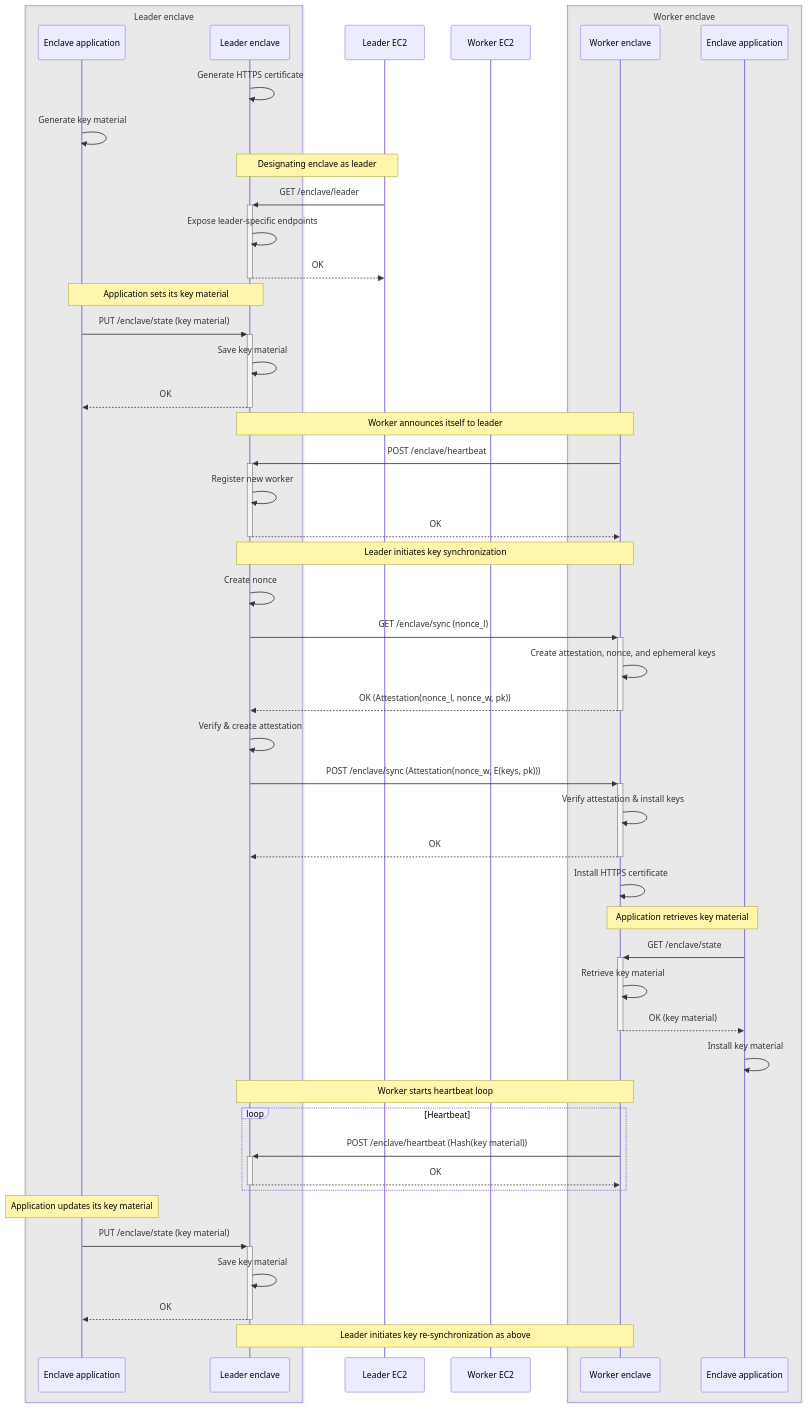
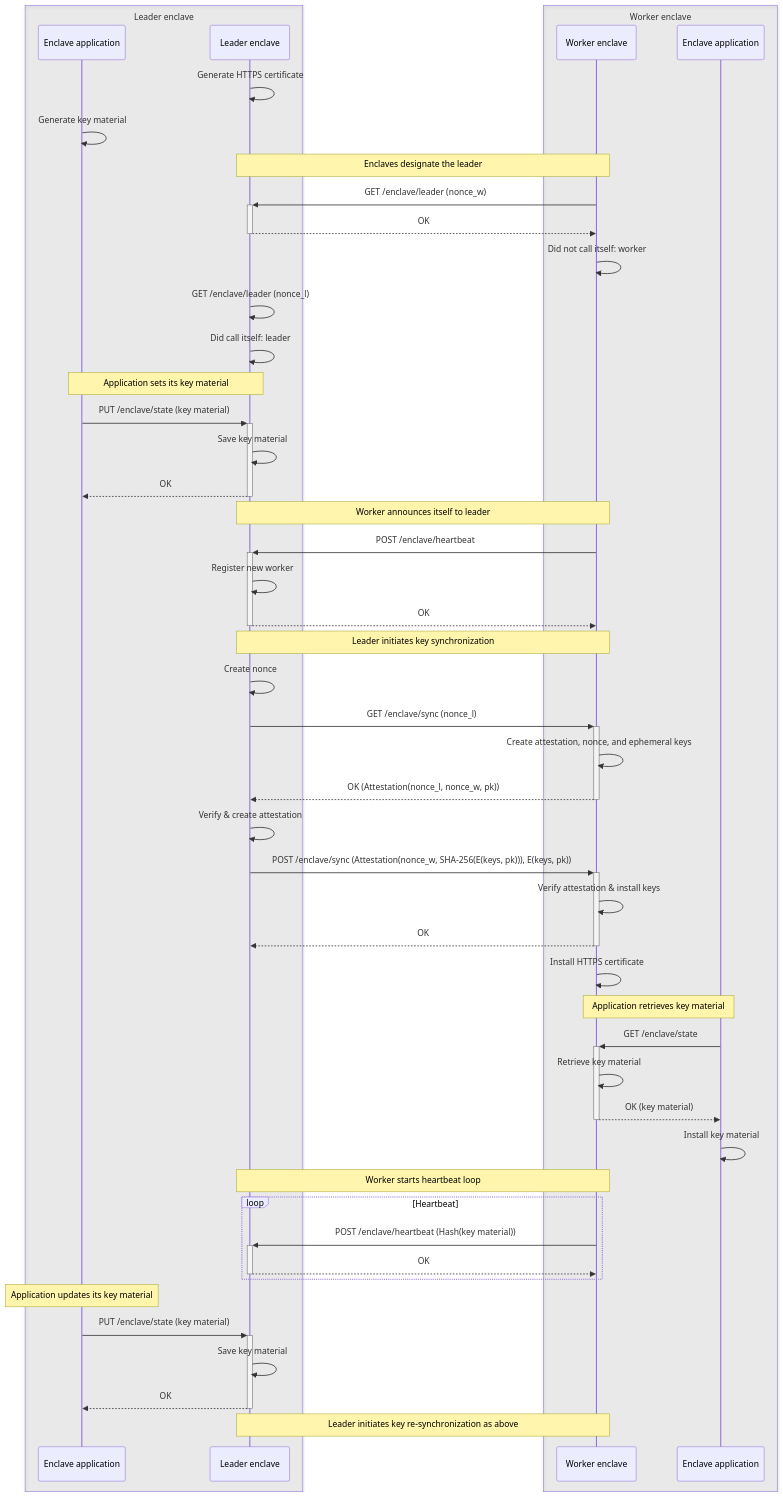
One commit to brave/nitriding-daemon changed the diagram in doc/key-synchronization.md. Above: the diagram before and after it, drawn with Mermaid. The commit also changed other lines of this file, not shown here.

Commit message:
Update docs to match protocol.

````diff
--- a/doc/key-synchronization.md
+++ b/doc/key-synchronization.md
@@ -86,64 +86,64 @@
 ```mermaid
 sequenceDiagram
   box rgba(100, 100, 100, .1) Leader enclave
   participant leaderApp as Enclave application
   participant leader as Leader enclave
   end
-  participant leaderEC2 as Leader EC2
-  participant workerEC2 as Worker EC2
   box rgba(100, 100, 100, .1) Worker enclave
   participant worker as Worker enclave
   participant workerApp as Enclave application
   end
 
 leader->>leader: Generate HTTPS certificate
 leaderApp->>leaderApp: Generate key material
 
-Note over leader,leaderEC2: Designating enclave as leader
-leaderEC2->>+leader: GET /enclave/leader
-leader->>leader: Expose leader-specific endpoints
-leader-->>-leaderEC2: OK
+Note over leader,worker: Enclaves designate the leader
+worker->>+leader: GET /enclave/leader (nonce_w)
+leader-->>-worker: OK
+worker->>worker: Did not call itself: worker
+leader->>leader: GET /enclave/leader (nonce_l)
+leader->>leader: Did call itself: leader
 
 Note over leaderApp,leader: Application sets its key material
 leaderApp->>+leader: PUT /enclave/state (key material)
 leader->>leader: Save key material
 leader-->>-leaderApp: OK
 
 Note over leader,worker: Worker announces itself to leader
 worker->>+leader: POST /enclave/heartbeat
 leader->>leader: Register new worker
 leader-->>-worker: OK
 
 Note over leader,worker: Leader initiates key synchronization
 leader->>leader: Create nonce
 leader->>+worker: GET /enclave/sync (nonce_l)
 worker->>worker: Create attestation, nonce, and ephemeral keys
 worker-->>-leader: OK (Attestation(nonce_l, nonce_w, pk))
 
 leader->>leader: Verify & create attestation
-leader->>+worker: POST /enclave/sync (Attestation(nonce_w, E(keys, pk)))
+leader->>+worker: POST /enclave/sync (Attestation(nonce_w, SHA-256(E(keys, pk))), E(keys, pk))
 worker->>worker: Verify attestation & install keys
 worker-->>-leader: OK
 
 worker->>worker: Install HTTPS certificate
 
 Note over worker,workerApp: Application retrieves key material
 workerApp->>+worker: GET /enclave/state
 worker->>worker: Retrieve key material
 worker-->>-workerApp: OK (key material)
 workerApp->>workerApp: Install key material
 
 Note over leader, worker: Worker starts heartbeat loop
 
 loop Heartbeat
   worker->>+leader: POST /enclave/heartbeat (Hash(key material))
   leader-->>-worker: OK
 end
 
 Note over leaderApp: Application updates its key material
 leaderApp->>+leader: PUT /enclave/state (key material)
 leader->>leader: Save key material
 leader-->>-leaderApp: OK
 
 note over leader,worker: Leader initiates key re-synchronization as above
 ```
````
